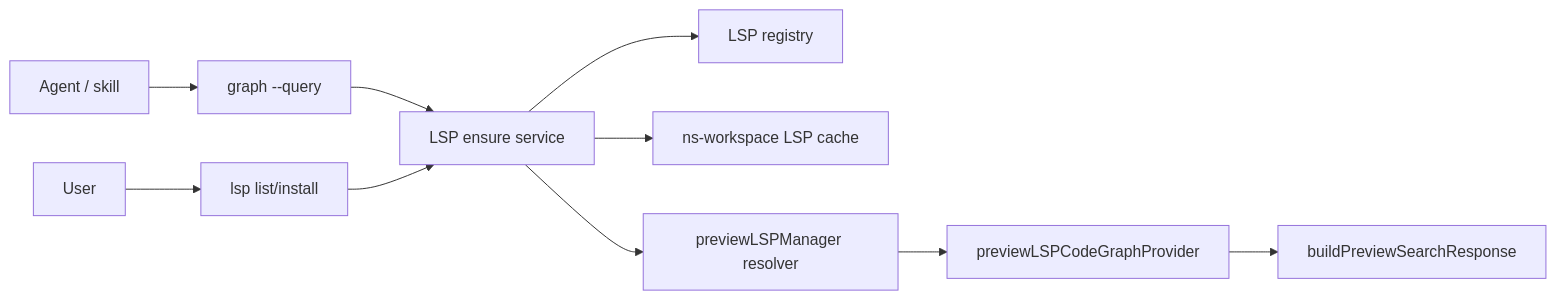
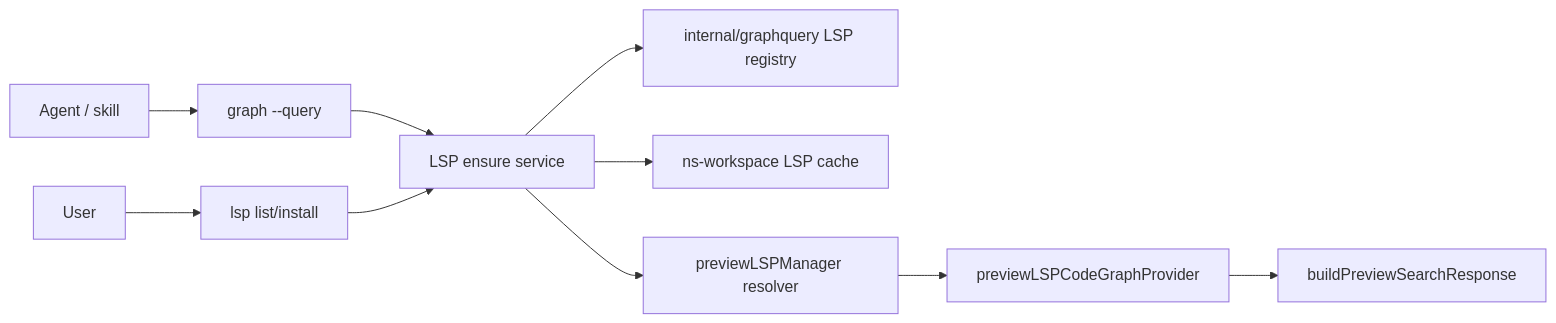
Before and after one commit to ngosangns/ns-workspace: the diagram in docs/specs/planning/auto-install-lsp-for-graph.md, drawn with Mermaid. The commit also changed other lines of this file and 22 other files, not shown here.

````diff
--- a/docs/specs/planning/auto-install-lsp-for-graph.md
+++ b/docs/specs/planning/auto-install-lsp-for-graph.md
@@ -184,12 +197,12 @@
 ```mermaid
 flowchart LR
   Agent["Agent / skill"] --> Graph["graph --query"]
   User["User"] --> LSPCLI["lsp list/install"]
   Graph --> Ensure["LSP ensure service"]
   LSPCLI --> Ensure
-  Ensure --> Registry["LSP registry"]
+  Ensure --> Registry["internal/graphquery LSP registry"]
   Ensure --> Cache["ns-workspace LSP cache"]
   Ensure --> Resolver["previewLSPManager resolver"]
   Resolver --> Provider["previewLSPCodeGraphProvider"]
   Provider --> Search["buildPreviewSearchResponse"]
 ```
````
